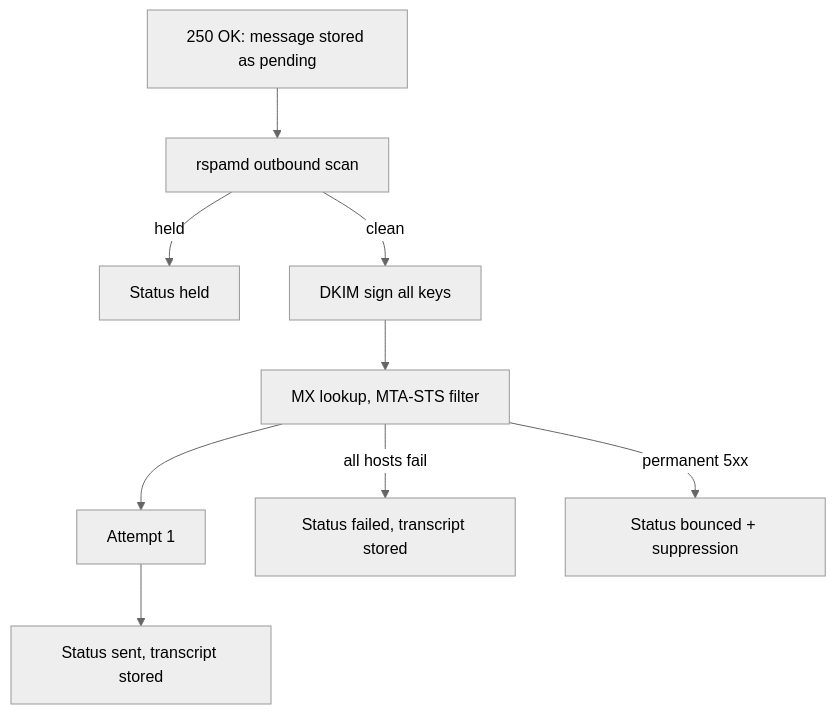
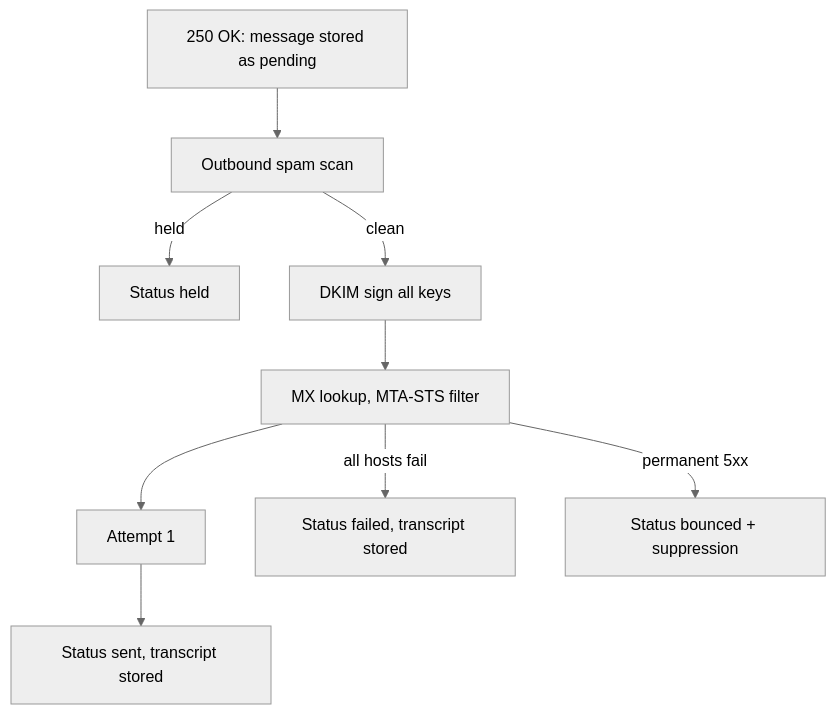
Before and after one commit to codingjoe/relay: the first of 2 diagrams in docs/docs/reliability.md, drawn with Mermaid (neutral theme). The commit also changed other lines of this file and 6 other files, not shown here.

````diff
--- a/docs/docs/reliability.md
+++ b/docs/docs/reliability.md
@@ -18,11 +18,11 @@
 ```mermaid
 flowchart TD
-    A[250 OK: message stored as pending] --> B[rspamd outbound scan]
+    A[250 OK: message stored as pending] --> B[Outbound spam scan]
     B -- held --> C[Status held]
     B -- clean --> D[DKIM sign all keys]
     D --> E[MX lookup, MTA-STS filter]
     E --> F[Attempt 1]
     F --> G[Status sent, transcript stored]
     E -- all hosts fail --> H[Status failed, transcript stored]
     E -- permanent 5xx --> I[Status bounced + suppression]
 ```
````
